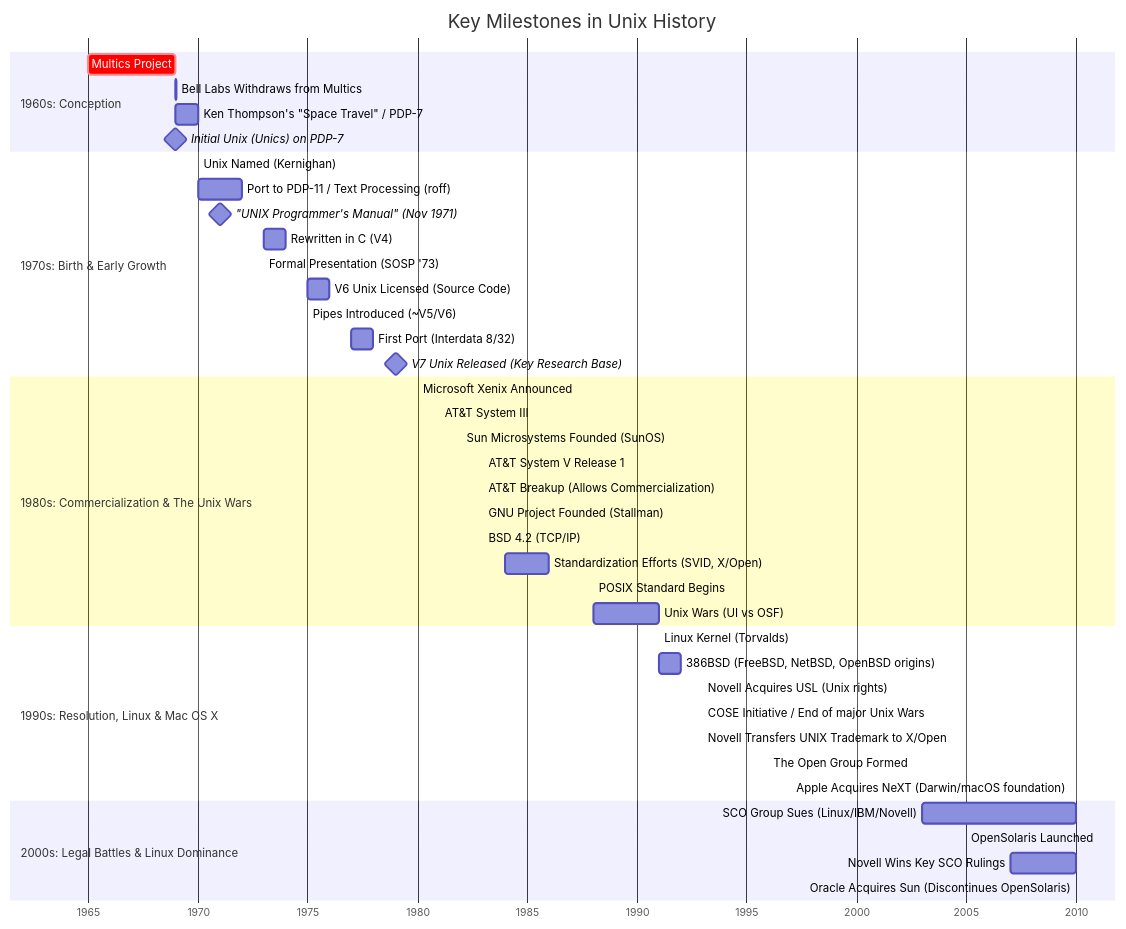
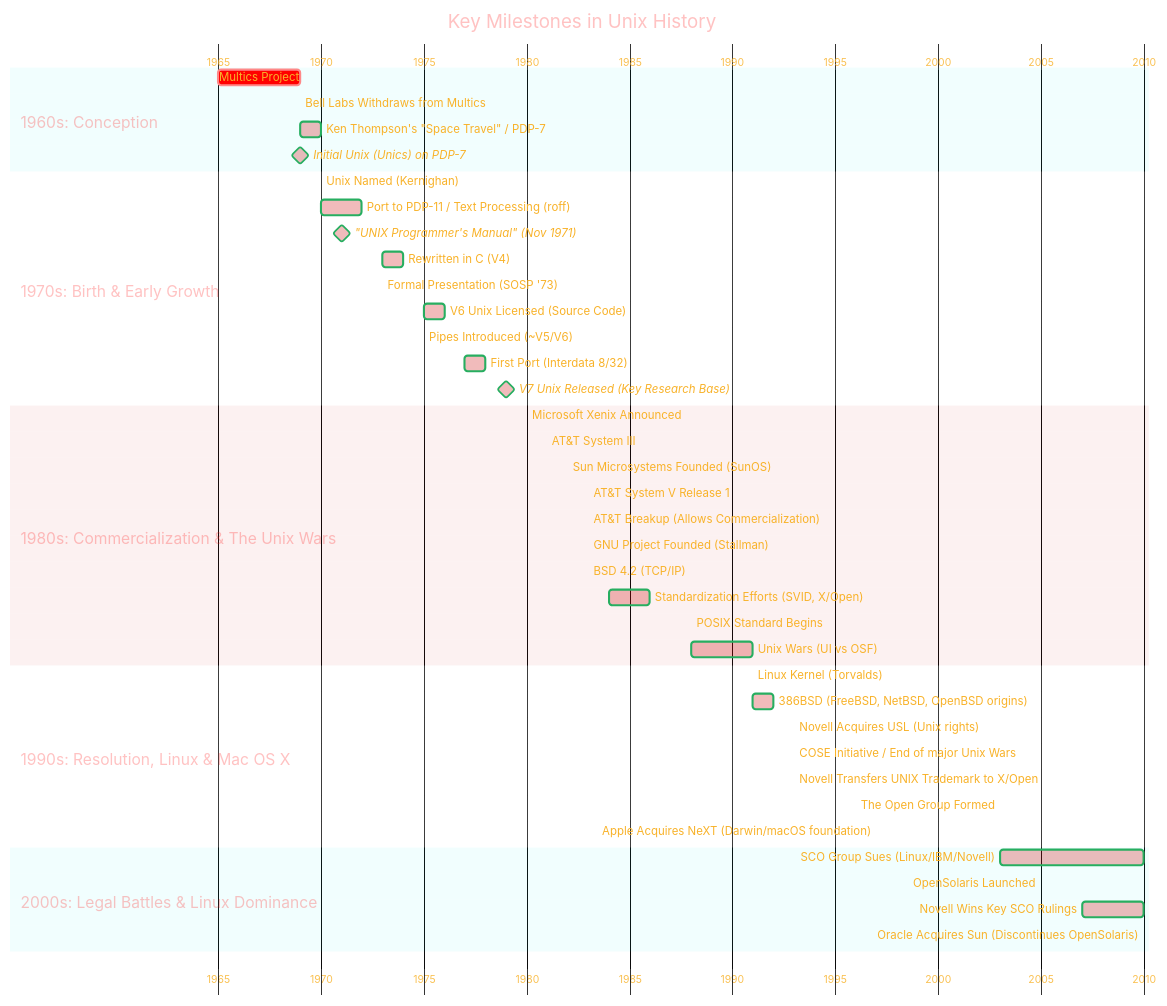
One commit to CongLeSolutionX/Digital-Bedrock-Landscape changed the first of 7 diagrams in THE_PAST/PART-4_Consolidated_info.md. Above: the diagram before and after it, drawn with Mermaid. The commit also changed other lines of this file, not shown here.

````diff
--- a/THE_PAST/PART-4_Consolidated_info.md
+++ b/THE_PAST/PART-4_Consolidated_info.md
@@ -47,4 +47,40 @@
 ```mermaid
+---
+title: "Nikola Tesla's Comprehensive Patents (both US and non-US) Timeline"
+author: "Cong Le"
+version: "1.0"
+license(s): "MIT, CC BY-SA 4.0"
+copyright: "Copyright (c) 2025 Cong Le. All Rights Reserved."
+config:
+  layout: elk
+  theme: base
+---
+%%%%%%%% Mermaid version v11.4.1-b.14
+%%{
+  init: {
+	'fontFamily': 'Bradley Hand',
+    'gantt': {
+      'titleTopMargin': 25,
+      'barHeight': 15,
+      'barGap': 10,
+      'topPadding': 65,
+      'rightPadding': 10,
+      'leftPadding': 200,
+      'gridLineStartPadding': 25,
+      'sectionFontSize': 15,
+      'numberSectionStyles': 4,
+      'axisFormat': '%Y',
+      'topAxis': true,
+      'weekday': 'sunday'
+    },
+    'themeVariables': {
+      'primaryColor': '#C004',
+      'primaryTextColor': '#F8B229',
+      'primaryBorderColor': '#27AE60',
+      'fontSize': '20px'
+    }
+  }
+}%%
 gantt
     title Key Milestones in Unix History
     dateFormat  YYYY
````
